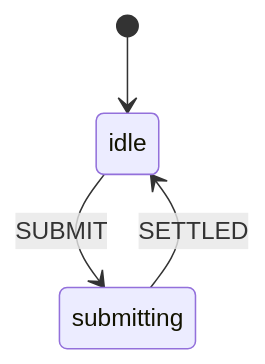
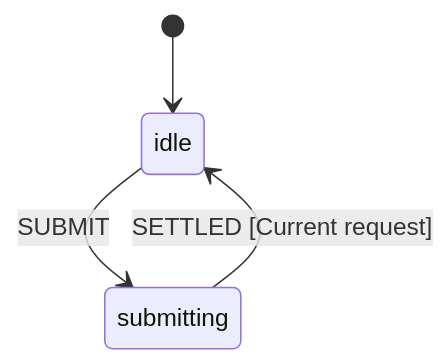
Diagram 36 of 52 in docs/contributing/state-machines.md (kody-hq/kody), drawn with Mermaid before and after one commit. The commit also changed other lines of this file and 100 other files, not shown here.

````diff
--- a/docs/contributing/state-machines.md
+++ b/docs/contributing/state-machines.md
@@ -1243,6 +1243,6 @@
 ```mermaid
 stateDiagram-v2
     [*] --> idle
     idle --> submitting: SUBMIT
-    submitting --> idle: SETTLED
+    submitting --> idle: SETTLED [Current request]
 ```
````
